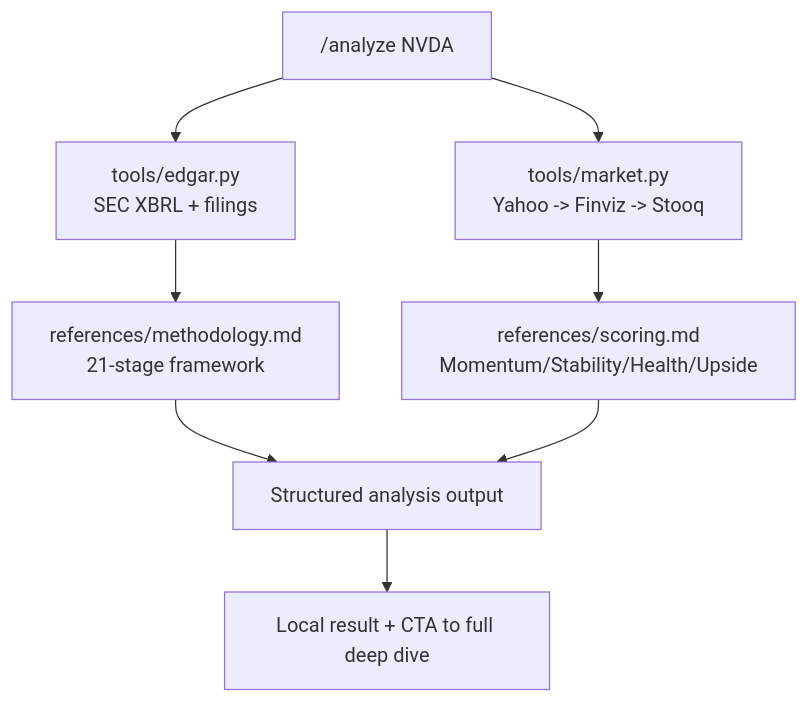
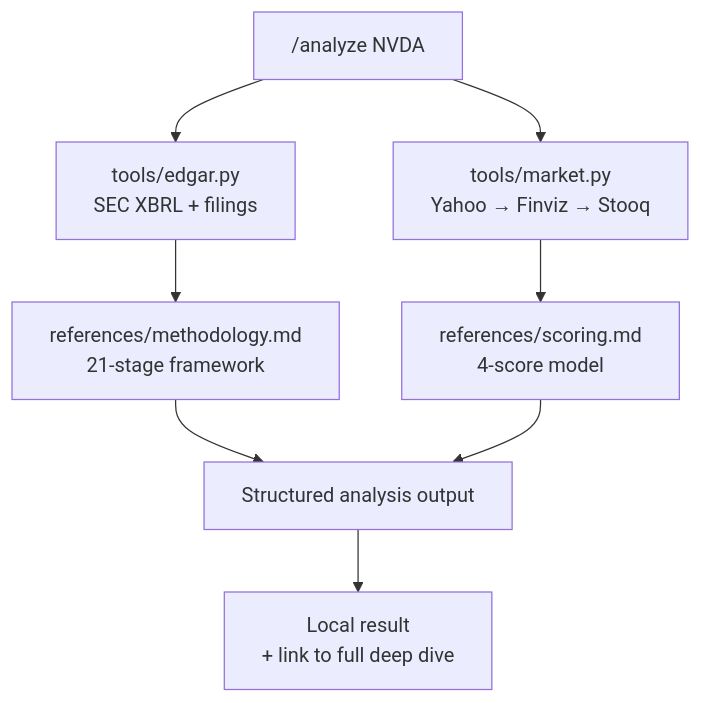
One commit to xvary-research/stock-research changed the diagram in README.md. Above: the diagram before and after it, drawn with Mermaid. The commit also changed other lines of this file, not shown here.

First line of the commit message:
Rewrite README for conversion: sharper hook, inline example, comparison table, roadmap

````diff
--- a/README.md
+++ b/README.md
@@ -23,10 +100,10 @@
 ```mermaid
 flowchart TD
     A["/analyze NVDA"] --> B["tools/edgar.py\nSEC XBRL + filings"]
-    A --> C["tools/market.py\nYahoo -> Finviz -> Stooq"]
+    A --> C["tools/market.py\nYahoo → Finviz → Stooq"]
     B --> D["references/methodology.md\n21-stage framework"]
-    C --> E["references/scoring.md\nMomentum/Stability/Health/Upside"]
+    C --> E["references/scoring.md\n4-score model"]
     D --> F["Structured analysis output"]
     E --> F
-    F --> G["Local result + CTA to full deep dive"]
+    F --> G["Local result\n+ link to full deep dive"]
 ```
````
